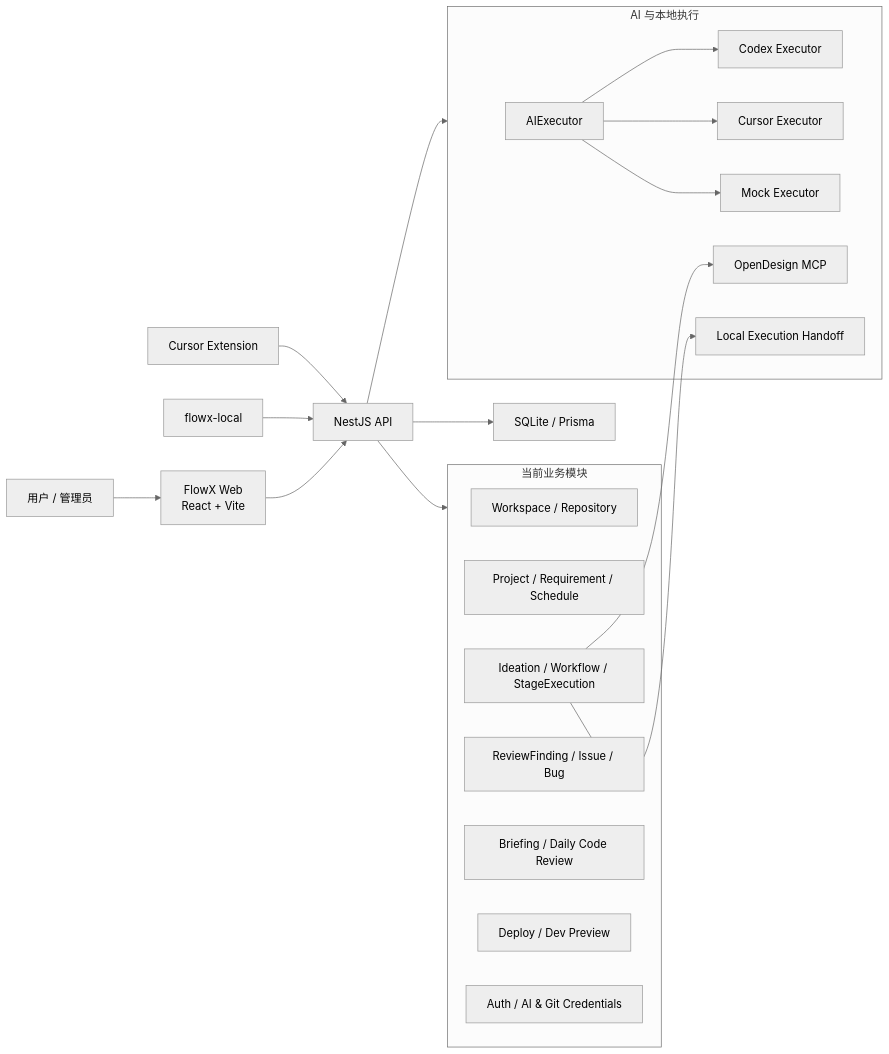
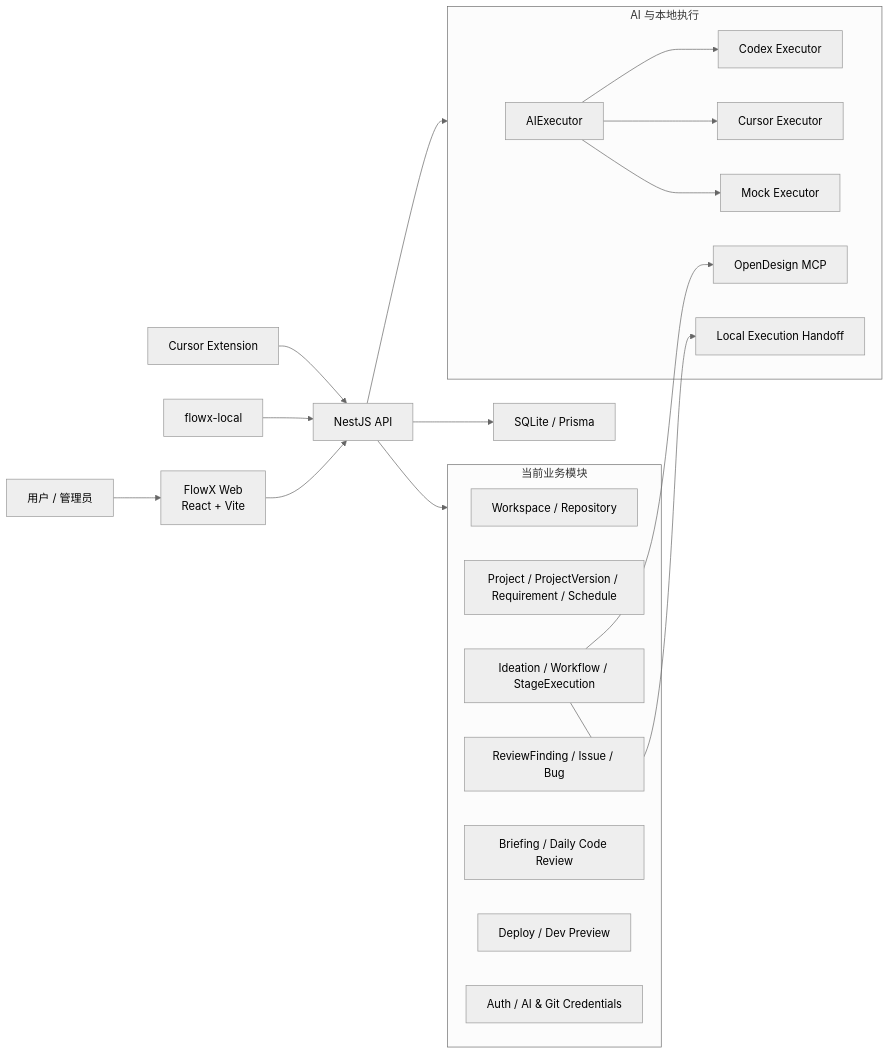
One commit to ChalkleyZhou/FlowX changed the diagram in docs/system-design.md. Above: the diagram before and after it, drawn with Mermaid (neutral theme). The commit also changed other lines of this file and 39 other files, not shown here.

````diff
--- a/docs/system-design.md
+++ b/docs/system-design.md
@@ -18,36 +18,36 @@
 ```mermaid
 flowchart LR
     User["用户 / 管理员"] --> Web["FlowX Web\nReact + Vite"]
     CursorExt["Cursor Extension"] --> API["NestJS API"]
     Local["flowx-local"] --> API
     Web --> API
     API --> DB["SQLite / Prisma"]
 
     subgraph Domains["当前业务模块"]
         Workspace["Workspace / Repository"]
-        Project["Project / Requirement / Schedule"]
+        Project["Project / ProjectVersion / Requirement / Schedule"]
         Workflow["Ideation / Workflow / StageExecution"]
         Review["ReviewFinding / Issue / Bug"]
         Briefing["Briefing / Daily Code Review"]
         Deploy["Deploy / Dev Preview"]
         Auth["Auth / AI & Git Credentials"]
     end
 
     API --> Domains
 
     subgraph AI["AI 与本地执行"]
         Executor["AIExecutor"]
         Codex["Codex Executor"]
         Cursor["Cursor Executor"]
         Mock["Mock Executor"]
         OpenDesign["OpenDesign MCP"]
         LocalHandoff["Local Execution Handoff"]
     end
 
     API --> AI
     Executor --> Codex
     Executor --> Cursor
     Executor --> Mock
     Workflow --> OpenDesign
     Workflow --> LocalHandoff
 ```
````
